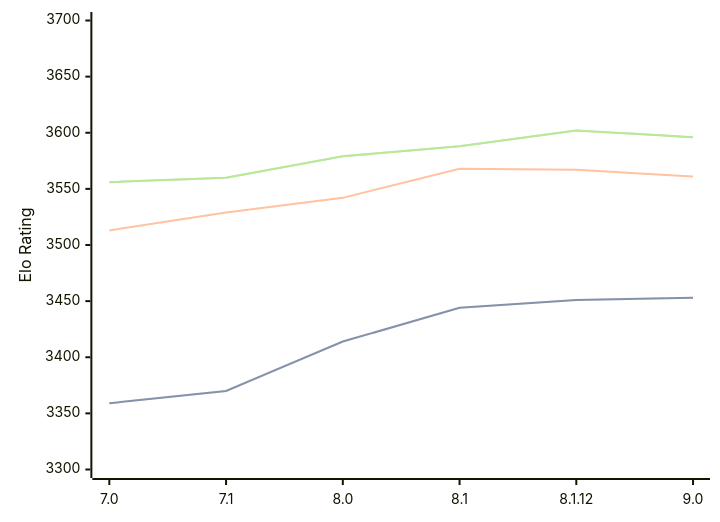
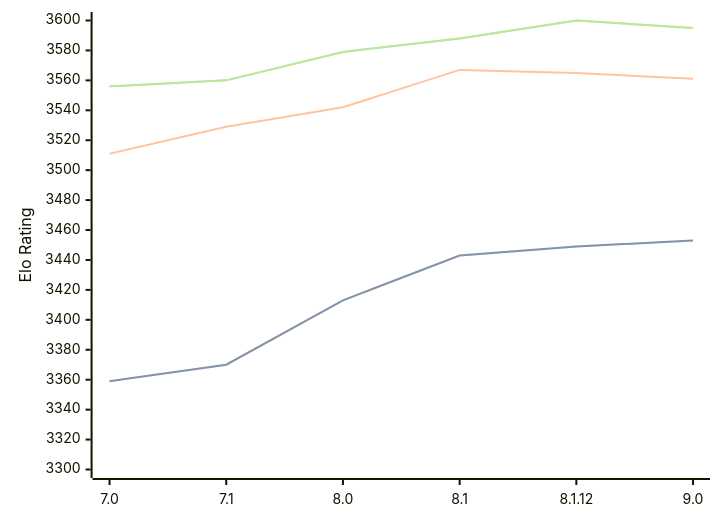
One commit to computer-chess-index/cci changed the diagram in engines/Alexandria.md. Above: the diagram before and after it, drawn with Mermaid. The commit also changed other lines of this file, not shown here.

Commit message:
Update CCI Ratings (ELO VLTC) - 2026-03-24

````diff
--- a/engines/Alexandria.md
+++ b/engines/Alexandria.md
@@ -55,11 +55,11 @@
 ```mermaid
 %%{init: {"theme":"base","themeVariables":{"seriesColors:['#a3a3a3','#222221','#faa371']}}}%%
 xychart-beta
   x-axis ["7.0", "7.1", "8.0", "8.1", "8.1.12", "9.0"]
-  y-axis "Elo Rating" 3300 --> 3700
-  line "STC (8.0+0.08s)" [3359, 3370, 3414, 3444, 3451, 3453]
-  line "STC (8.0+0.08s)" [3359, 3370, 3414, 3444, 3451, 3453]
-  line "LTC (60.0+0.60s)" [3513, 3529, 3542, 3568, 3567, 3561]
-  line "VLTC (2m24s+1.12s)" [3556, 3560, 3579, 3588, 3602, 3596]
-  line "VLTC (2m24s+1.12s)" [3556, 3560, 3579, 3588, 3602, 3596]
+  y-axis "Elo Rating" 3300 --> 3600
+  line "STC (8.0+0.08s)" [3359, 3370, 3413, 3443, 3449, 3453]
+  line "STC (8.0+0.08s)" [3359, 3370, 3413, 3443, 3449, 3453]
+  line "LTC (60.0+0.60s)" [3511, 3529, 3542, 3567, 3565, 3561]
+  line "VLTC (2m24s+1.12s)" [3556, 3560, 3579, 3588, 3600, 3595]
+  line "VLTC (2m24s+1.12s)" [3556, 3560, 3579, 3588, 3600, 3595]
 ```
````
